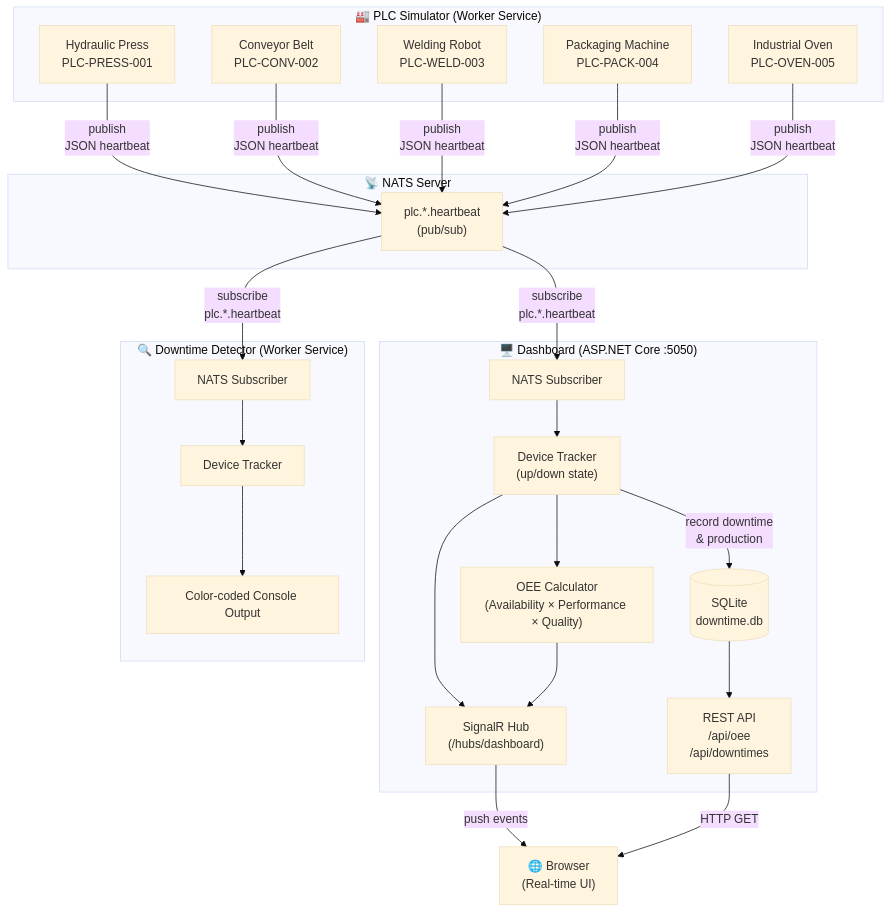
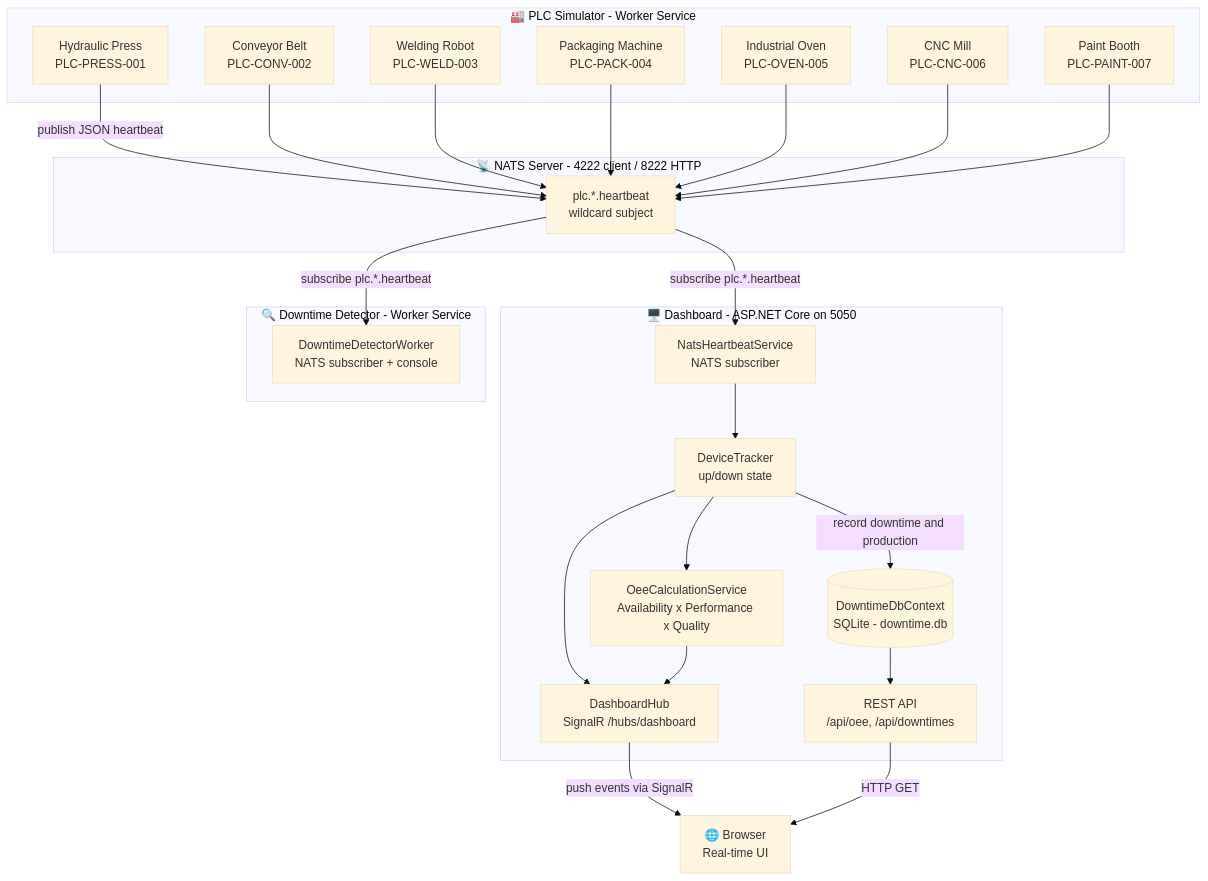
Before and after one commit to CarlosSardo/nats-poc-simulator: the diagram in README.md, drawn with Mermaid (base theme). The commit also changed other lines of this file, not shown here.

Commit message:
docs(readme): fix mermaid architecture diagram render on github
GitHub's mermaid renderer is stricter than mermaid.live. Sanitize:

- Strip parens/colons/em-dashes from subgraph titles

- Quote edge labels containing plc.*.heartbeat wildcards

- Replace unicode operator (x) with ASCII x

- Replace em-dash with hyphen in cylinder label

````diff
--- a/README.md
+++ b/README.md
@@ -71,44 +28,49 @@
 ```mermaid
 flowchart TB
-    subgraph Simulator["🏭 PLC Simulator (Worker Service)"]
-        PLC1["Hydraulic Press\nPLC-PRESS-001"]
-        PLC2["Conveyor Belt\nPLC-CONV-002"]
-        PLC3["Welding Robot\nPLC-WELD-003"]
-        PLC4["Packaging Machine\nPLC-PACK-004"]
-        PLC5["Industrial Oven\nPLC-OVEN-005"]
+    subgraph Simulator["🏭 PLC Simulator - Worker Service"]
+        PLC1["Hydraulic Press<br/>PLC-PRESS-001"]
+        PLC2["Conveyor Belt<br/>PLC-CONV-002"]
+        PLC3["Welding Robot<br/>PLC-WELD-003"]
+        PLC4["Packaging Machine<br/>PLC-PACK-004"]
+        PLC5["Industrial Oven<br/>PLC-OVEN-005"]
+        PLC6["CNC Mill<br/>PLC-CNC-006"]
+        PLC7["Paint Booth<br/>PLC-PAINT-007"]
     end
 
-    subgraph NATS["📡 NATS Server"]
-        Subject["plc.*.heartbeat\n(pub/sub)"]
+    subgraph NATSServer["📡 NATS Server - 4222 client / 8222 HTTP"]
+        Subject["plc.*.heartbeat<br/>wildcard subject"]
     end
 
-    subgraph Dashboard["🖥️ Dashboard (ASP.NET Core :5050)"]
-        NatsSub["NATS Subscriber"]
-        Tracker["Device Tracker\n(up/down state)"]
-        OEECalc["OEE Calculator\n(Availability × Performance × Quality)"]
-        Hub["SignalR Hub\n(/hubs/dashboard)"]
-        DB[("SQLite\ndowntime.db")]
-        API["REST API\n/api/oee\n/api/downtimes"]
+    subgraph Dashboard["🖥️ Dashboard - ASP.NET Core on 5050"]
+        NatsHeartbeatService["NatsHeartbeatService<br/>NATS subscriber"]
+        DeviceTracker["DeviceTracker<br/>up/down state"]
+        OeeCalculationService["OeeCalculationService<br/>Availability x Performance x Quality"]
+        DashboardHub["DashboardHub<br/>SignalR /hubs/dashboard"]
+        DowntimeDbContext[("DowntimeDbContext<br/>SQLite - downtime.db")]
+        RestApi["REST API<br/>/api/oee, /api/downtimes"]
     end
 
-    subgraph Detector["🔍 Downtime Detector (Worker Service)"]
-        DetSub["NATS Subscriber"]
-        DetTracker["Device Tracker"]
-        DetConsole["Color-coded Console Output"]
+    subgraph Detector["🔍 Downtime Detector - Worker Service"]
+        DowntimeDetectorWorker["DowntimeDetectorWorker<br/>NATS subscriber + console"]
     end
 
-    Browser["🌐 Browser\n(Real-time UI)"]
+    Browser["🌐 Browser<br/>Real-time UI"]
 
-    PLC1 & PLC2 & PLC3 & PLC4 & PLC5 -->|"publish\nJSON heartbeat"| Subject
-    Subject -->|"subscribe\nplc.*.heartbeat"| NatsSub
-    Subject -->|"subscribe\nplc.*.heartbeat"| DetSub
-    NatsSub --> Tracker
-    Tracker --> OEECalc
-    Tracker --> Hub
-    OEECalc --> Hub
-    Tracker -->|"record downtime\n& production"| DB
-    DB --> API
-    Hub -->|"push events"| Browser
-    API -->|"HTTP GET"| Browser
-    DetSub --> DetTracker --> DetConsole
+    PLC1 -->|publish JSON heartbeat| Subject
+    PLC2 --> Subject
+    PLC3 --> Subject
+    PLC4 --> Subject
+    PLC5 --> Subject
+    PLC6 --> Subject
+    PLC7 --> Subject
+    Subject -->|"subscribe plc.*.heartbeat"| NatsHeartbeatService
+    Subject -->|"subscribe plc.*.heartbeat"| DowntimeDetectorWorker
+    NatsHeartbeatService --> DeviceTracker
+    DeviceTracker --> OeeCalculationService
+    DeviceTracker --> DashboardHub
+    OeeCalculationService --> DashboardHub
+    DeviceTracker -->|record downtime and production| DowntimeDbContext
+    DowntimeDbContext --> RestApi
+    DashboardHub -->|push events via SignalR| Browser
+    RestApi -->|HTTP GET| Browser
 ```
````
